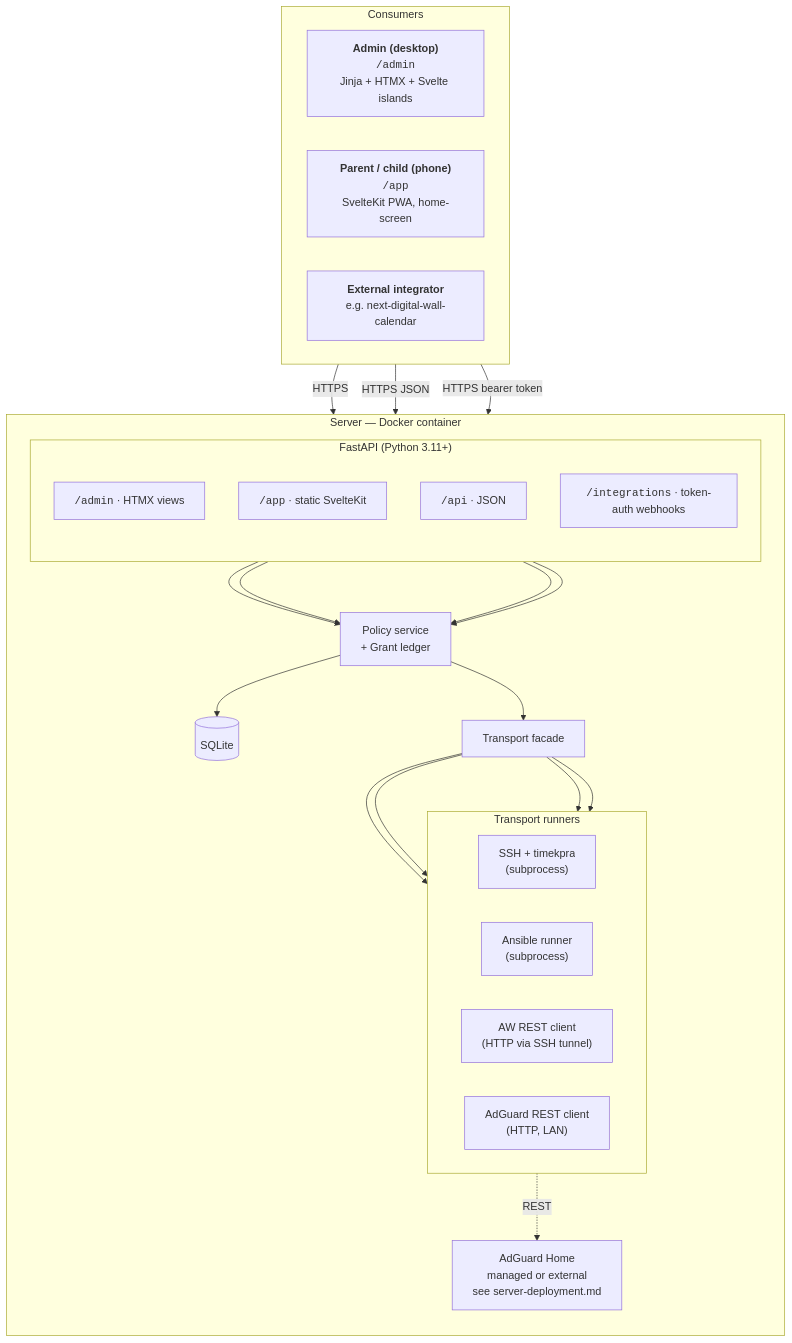
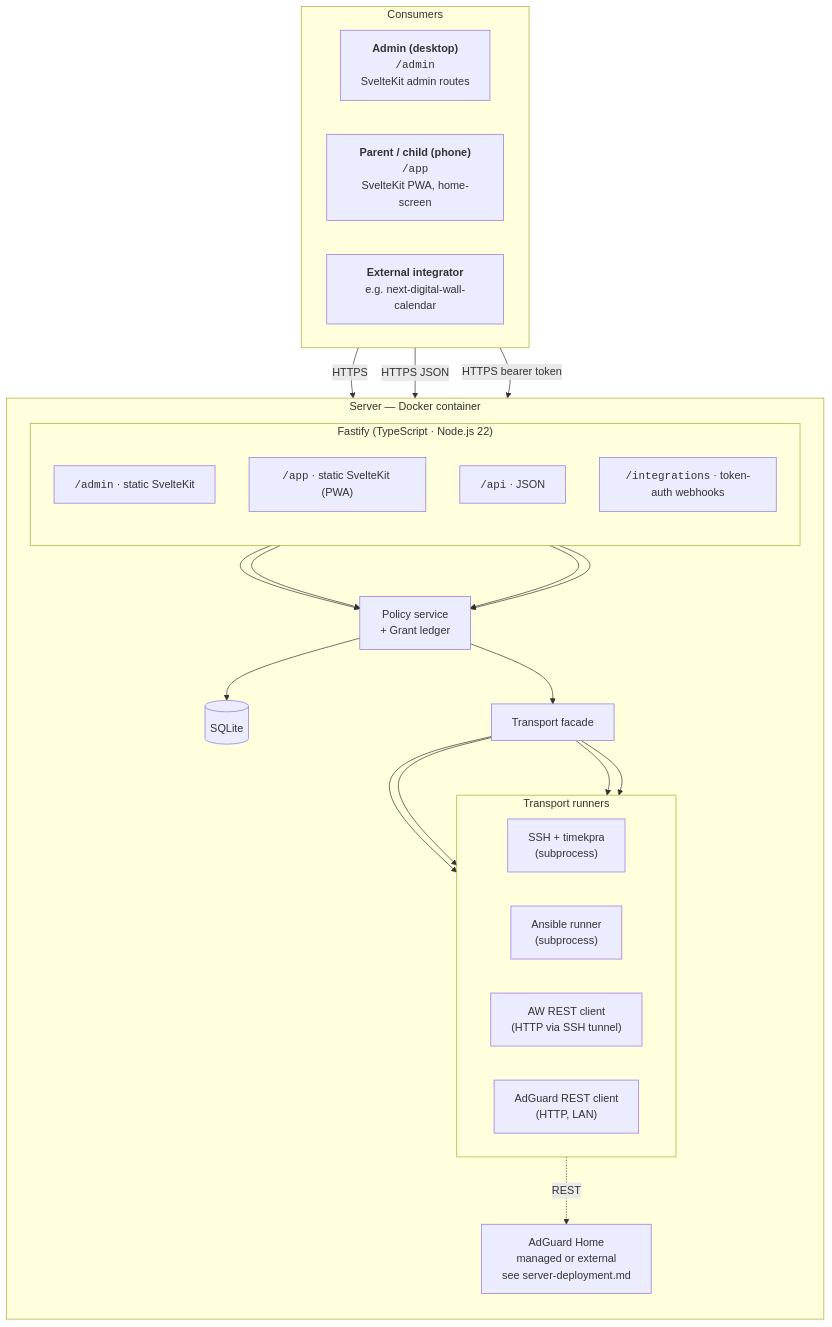
One commit to BenSeymourODB/linux-parental-controls-toolkit changed the diagram in docs/architecture.md. Above: the diagram before and after it, drawn with Mermaid. The commit also changed other lines of this file and 34 other files, not shown here.

First line of the commit message:
Docs: adopt TypeScript end-to-end as the implementation stack

````diff
--- a/docs/architecture.md
+++ b/docs/architecture.md
@@ -17,47 +17,47 @@
 ```mermaid
 flowchart TB
     subgraph Consumers["Consumers"]
         direction LR
-        Admin["<b>Admin (desktop)</b><br/><code>/admin</code><br/>Jinja + HTMX + Svelte islands"]
+        Admin["<b>Admin (desktop)</b><br/><code>/admin</code><br/>SvelteKit admin routes"]
         PWA["<b>Parent / child (phone)</b><br/><code>/app</code><br/>SvelteKit PWA, home-screen"]
         Ext["<b>External integrator</b><br/>e.g. next-digital-wall-calendar"]
     end
 
     subgraph Server["Server — Docker container"]
         direction TB
-        subgraph FastAPI["FastAPI (Python 3.11+)"]
+        subgraph Fastify["Fastify (TypeScript · Node.js 22)"]
             direction TB
-            RAdmin["<code>/admin</code> · HTMX views"]
-            RApp["<code>/app</code> · static SvelteKit"]
+            RAdmin["<code>/admin</code> · static SvelteKit"]
+            RApp["<code>/app</code> · static SvelteKit (PWA)"]
             RApi["<code>/api</code> · JSON"]
             RInt["<code>/integrations</code> · token-auth webhooks"]
         end
         Policy["Policy service<br/>+ Grant ledger"]
         DB[("SQLite")]
         Transport["Transport facade"]
         subgraph Runners["Transport runners"]
             direction LR
             SSHTr["SSH + timekpra<br/>(subprocess)"]
             AnsTr["Ansible runner<br/>(subprocess)"]
             AWTr["AW REST client<br/>(HTTP via SSH tunnel)"]
             AGTr["AdGuard REST client<br/>(HTTP, LAN)"]
         end
         AdGuard["AdGuard Home<br/>managed or external<br/>see server-deployment.md"]
 
         RAdmin --> Policy
         RApp --> Policy
         RApi --> Policy
         RInt --> Policy
         Policy --> DB
         Policy --> Transport
         Transport --> SSHTr
         Transport --> AnsTr
         Transport --> AWTr
         Transport --> AGTr
         AGTr -.REST.-> AdGuard
     end
 
     Admin -->|HTTPS| RAdmin
     PWA -->|HTTPS JSON| RApi
     Ext -->|HTTPS bearer token| RInt
 ```
````
